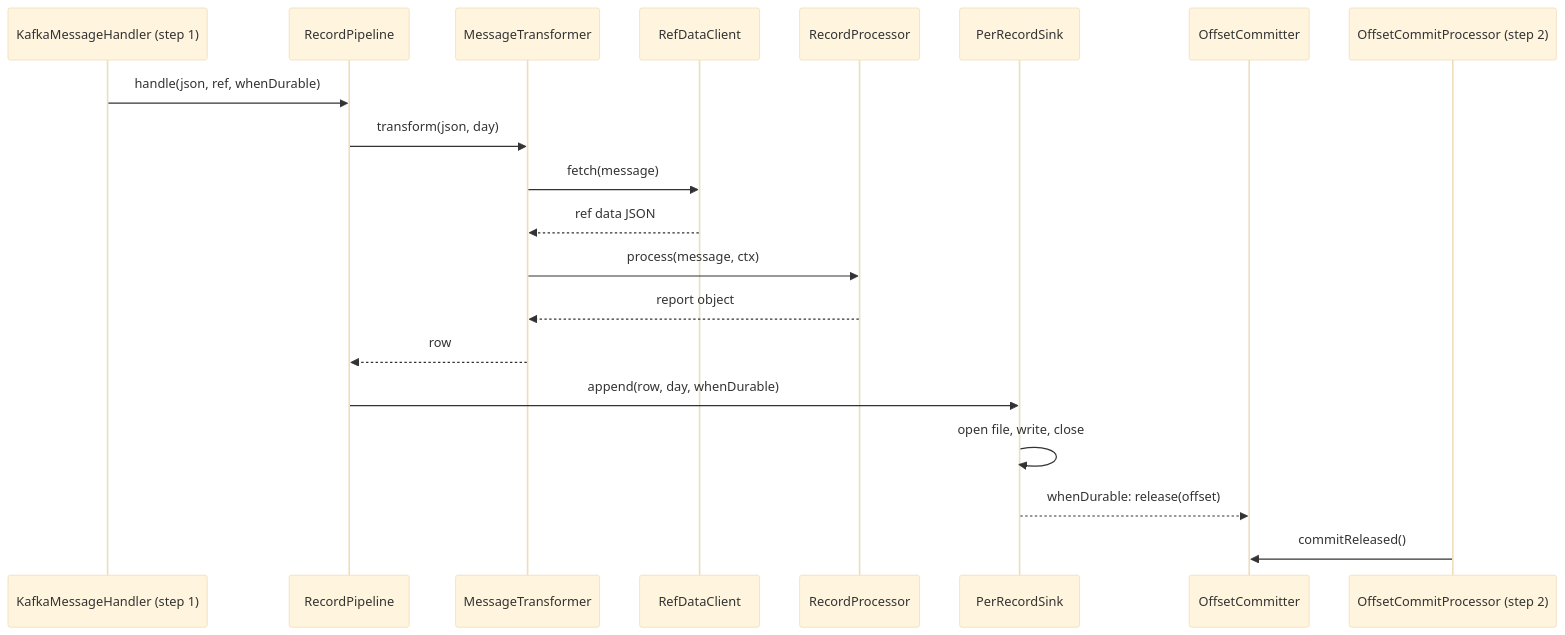
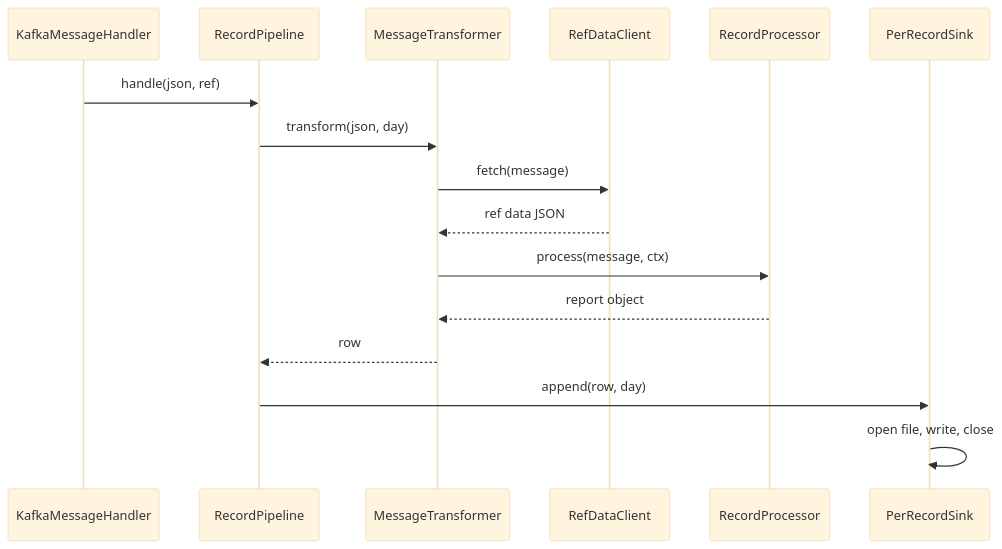
The eighth of 15 diagrams in docs/c4-architecture.md (shanregs/msg-transformer), drawn with Mermaid (base theme) before and after one commit. The commit also changed other lines of this file and 14 other files, not shown here.

First line of the commit message:
Simplify the Kafka consumer: default Camel offset handling (#12)

````diff
--- a/docs/c4-architecture.md
+++ b/docs/c4-architecture.md
@@ -325,23 +308,19 @@
 ```mermaid
 sequenceDiagram
-    participant In as KafkaMessageHandler (step 1)
+    participant In as KafkaMessageHandler
     participant P as RecordPipeline
     participant T as MessageTransformer
     participant R as RefDataClient
     participant M as RecordProcessor
     participant S as PerRecordSink
-    participant C as OffsetCommitter
-    participant OP as OffsetCommitProcessor (step 2)
 
-    In->>P: handle(json, ref, whenDurable)
+    In->>P: handle(json, ref)
     P->>T: transform(json, day)
     T->>R: fetch(message)
     R-->>T: ref data JSON
     T->>M: process(message, ctx)
     M-->>T: report object
     T-->>P: row
-    P->>S: append(row, day, whenDurable)
+    P->>S: append(row, day)
     S->>S: open file, write, close
-    S-->>C: whenDurable: release(offset)
-    OP->>C: commitReleased()
 ```
````
